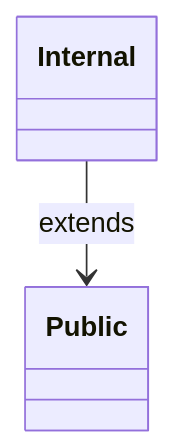
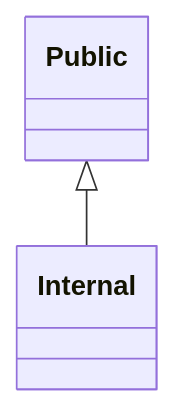
The first of 6 diagrams in examples/dict_keyed_refs/README.md (release-art/pydantic-prism), drawn with Mermaid before and after one commit. The commit also changed 14 other files, not shown here.

````diff
--- a/examples/dict_keyed_refs/README.md
+++ b/examples/dict_keyed_refs/README.md
@@ -7,7 +7,7 @@
 ```mermaid
 classDiagram
     direction TB
     class Internal
     class Public
-    Internal --> Public : extends
+    Public <|-- Internal
 ```
````
